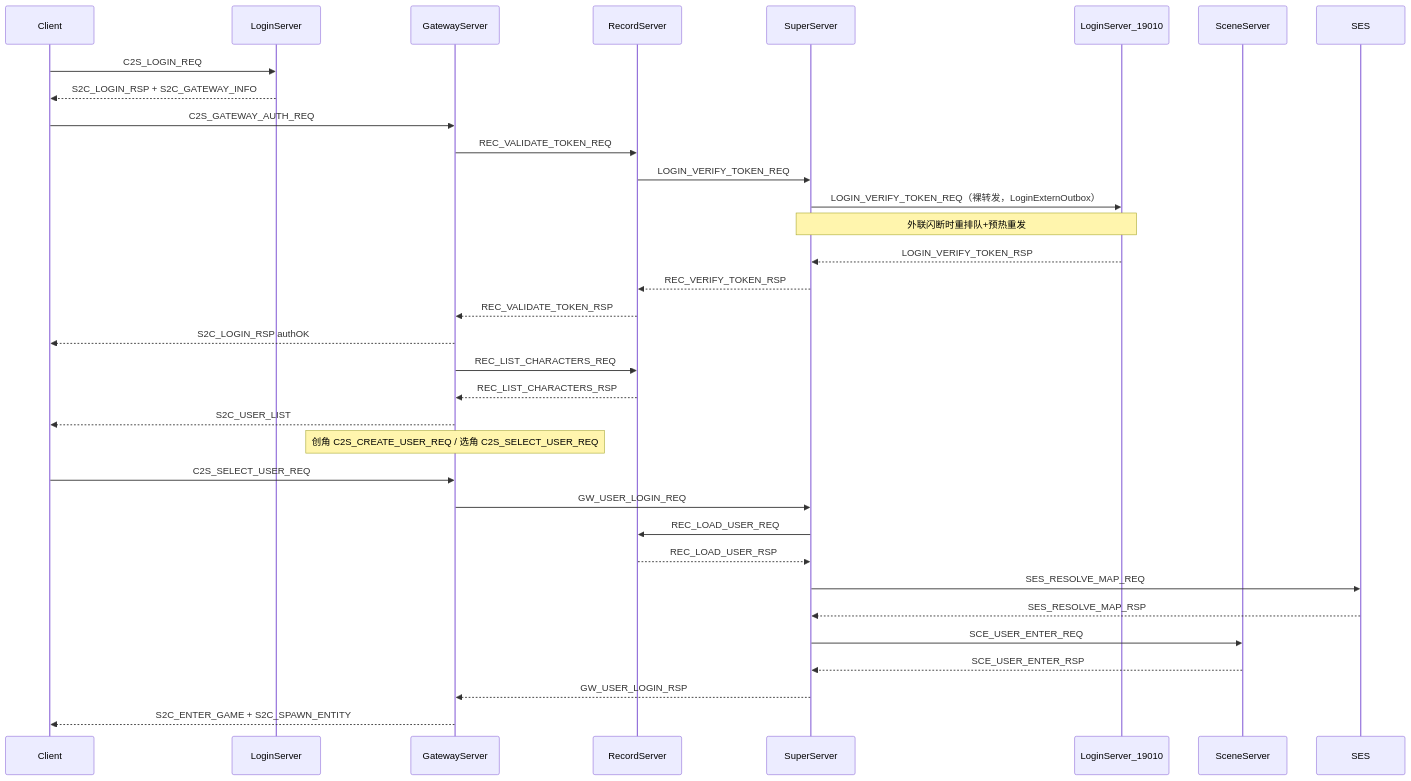
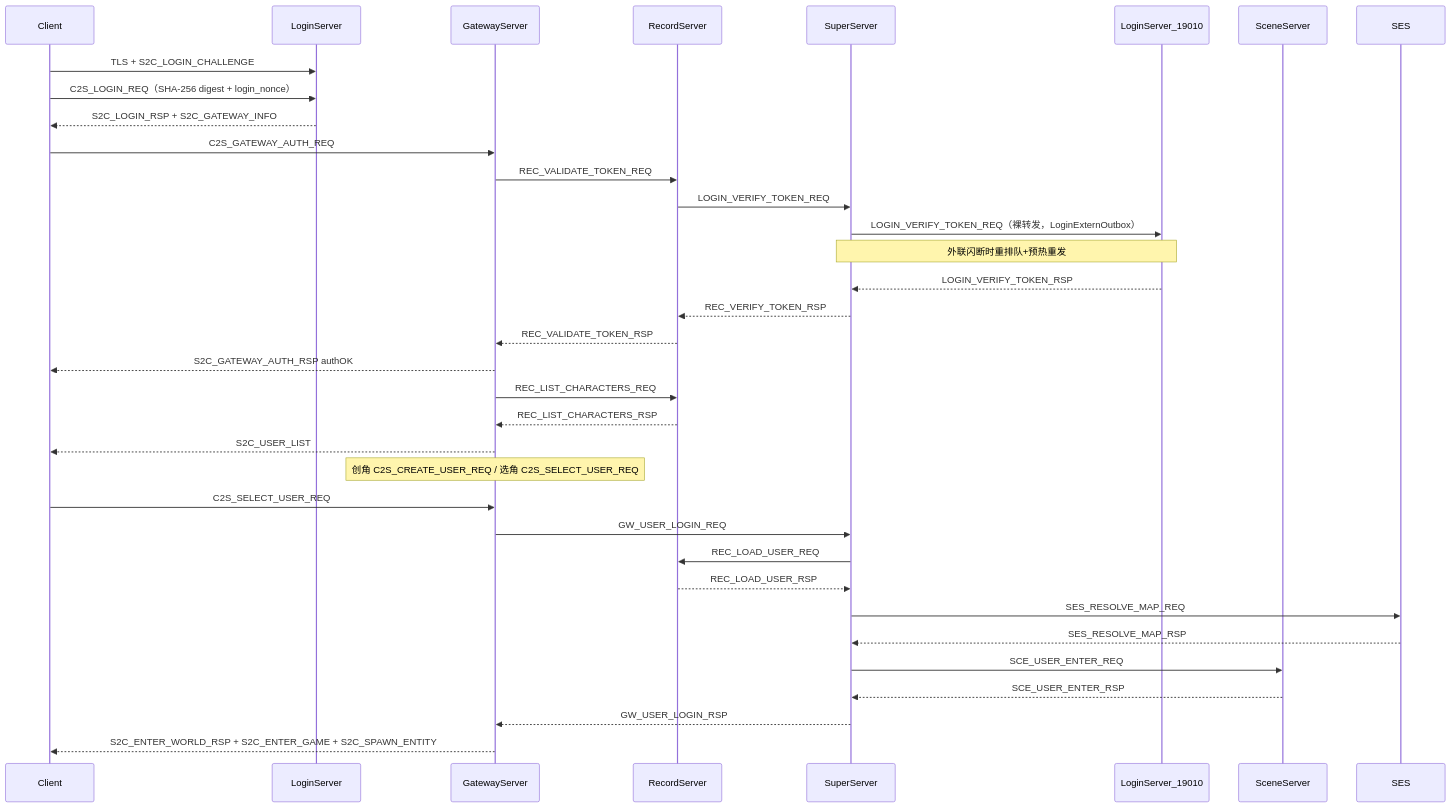
The fifth of 6 diagrams in docs/ARCHITECTURE.md (hechuangguo/RPG_Server), drawn with Mermaid before and after one commit. The commit also changed other lines of this file and 26 other files, not shown here.

````diff
--- a/docs/ARCHITECTURE.md
+++ b/docs/ARCHITECTURE.md
@@ -393,36 +393,37 @@
 ```mermaid
 sequenceDiagram
     participant C as Client
     participant LS as LoginServer
     participant GW as GatewayServer
     participant REC as RecordServer
     participant SS as SuperServer
     participant LReg as LoginServer_19010
     participant SCE as SceneServer
 
-    C->>LS: C2S_LOGIN_REQ
+    C->>LS: TLS + S2C_LOGIN_CHALLENGE
+    C->>LS: C2S_LOGIN_REQ（SHA-256 digest + login_nonce）
     LS-->>C: S2C_LOGIN_RSP + S2C_GATEWAY_INFO
     C->>GW: C2S_GATEWAY_AUTH_REQ
     GW->>REC: REC_VALIDATE_TOKEN_REQ
     REC->>SS: LOGIN_VERIFY_TOKEN_REQ
     SS->>LReg: LOGIN_VERIFY_TOKEN_REQ（裸转发，LoginExternOutbox）
     Note over SS,LReg: 外联闪断时重排队+预热重发
     LReg-->>SS: LOGIN_VERIFY_TOKEN_RSP
     SS-->>REC: REC_VERIFY_TOKEN_RSP
     REC-->>GW: REC_VALIDATE_TOKEN_RSP
-    GW-->>C: S2C_LOGIN_RSP authOK
+    GW-->>C: S2C_GATEWAY_AUTH_RSP authOK
     GW->>REC: REC_LIST_CHARACTERS_REQ
     REC-->>GW: REC_LIST_CHARACTERS_RSP
     GW-->>C: S2C_USER_LIST
     Note over GW: 创角 C2S_CREATE_USER_REQ / 选角 C2S_SELECT_USER_REQ
     C->>GW: C2S_SELECT_USER_REQ
     GW->>SS: GW_USER_LOGIN_REQ
     SS->>REC: REC_LOAD_USER_REQ
     REC-->>SS: REC_LOAD_USER_RSP
     SS->>SES: SES_RESOLVE_MAP_REQ
     SES-->>SS: SES_RESOLVE_MAP_RSP
     SS->>SCE: SCE_USER_ENTER_REQ
     SCE-->>SS: SCE_USER_ENTER_RSP
     SS-->>GW: GW_USER_LOGIN_RSP
-    GW-->>C: S2C_ENTER_GAME + S2C_SPAWN_ENTITY
+    GW-->>C: S2C_ENTER_WORLD_RSP + S2C_ENTER_GAME + S2C_SPAWN_ENTITY
 ```
````
